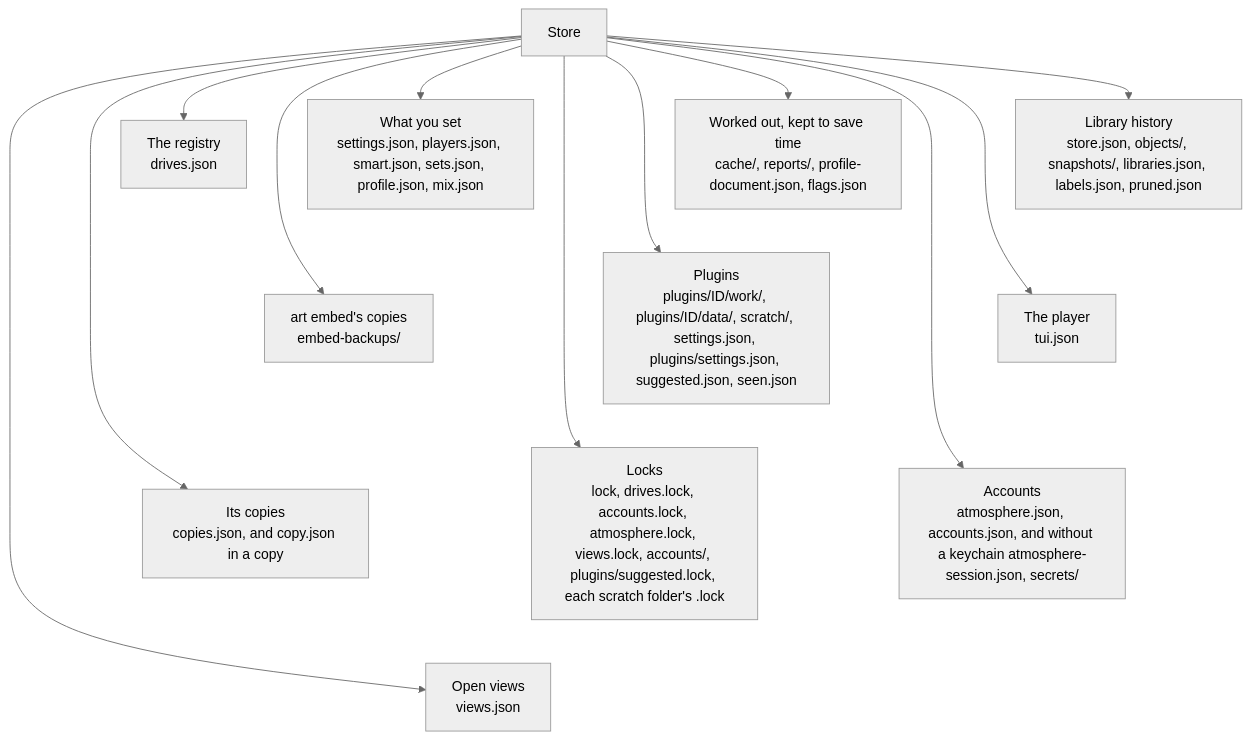
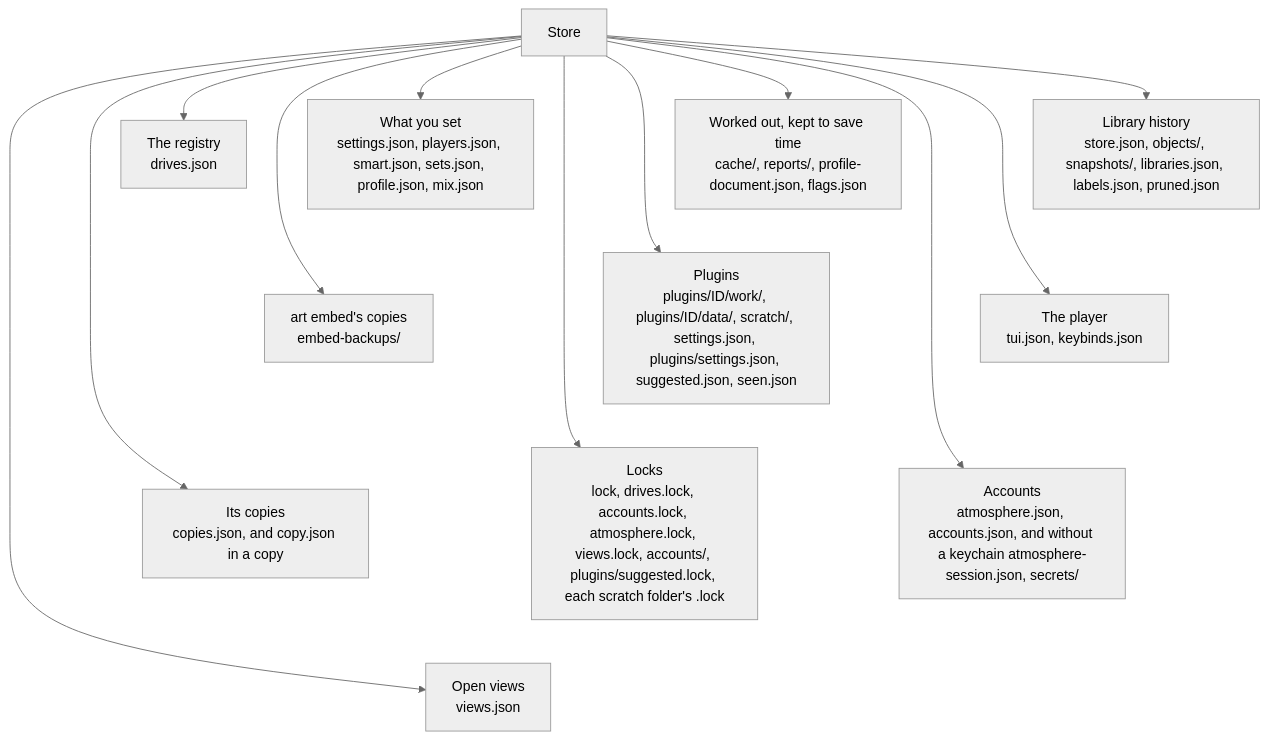
The second of 18 diagrams in apps/locallibrary/docs/diagrams/store-and-drives.md (cutenode/localnetwork), drawn with Mermaid (neutral theme) before and after one commit. The commit also changed other lines of this file and 186 other files, not shown here.

````diff
--- a/apps/locallibrary/docs/diagrams/store-and-drives.md
+++ b/apps/locallibrary/docs/diagrams/store-and-drives.md
@@ -61,22 +61,22 @@
 ```mermaid
 flowchart TD
     hub["Store"]
     hub --> history["Library history<br/>store.json, objects/, snapshots/, libraries.json, labels.json, pruned.json"]
     hub --> yours["What you set<br/>settings.json, players.json, smart.json, sets.json, profile.json, mix.json"]
     hub --> registry["The registry<br/>drives.json"]
     hub --> worked["Worked out, kept to save time<br/>cache/, reports/, profile-document.json, flags.json"]
-    hub --> player["The player<br/>tui.json"]
+    hub --> player["The player<br/>tui.json, keybinds.json"]
     hub --> art["art embed's copies<br/>embed-backups/"]
     hub --> plugins["Plugins<br/>plugins/ID/work/, plugins/ID/data/, scratch/, settings.json, plugins/settings.json, suggested.json, seen.json"]
     hub --> accounts["Accounts<br/>atmosphere.json, accounts.json, and without a keychain atmosphere-session.json, secrets/"]
     hub --> copies["Its copies<br/>copies.json, and copy.json in a copy"]
     hub --> locks["Locks<br/>lock, drives.lock, accounts.lock, atmosphere.lock, views.lock, accounts/, plugins/suggested.lock, each scratch folder's .lock"]
     hub --> views["Open views<br/>views.json"]
     history ~~~ player
     yours ~~~ art
     worked ~~~ plugins
     player ~~~ accounts
     art ~~~ copies
     plugins ~~~ locks
     accounts ~~~ views
 ```
````
